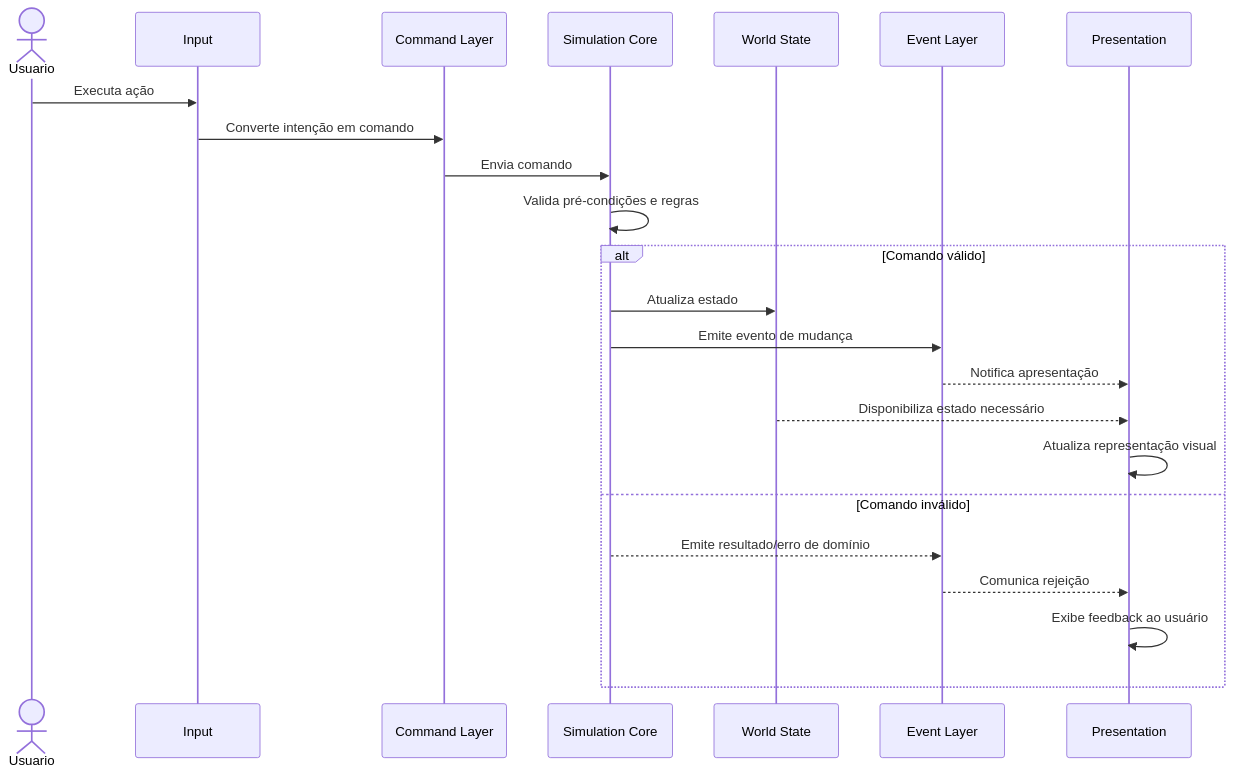
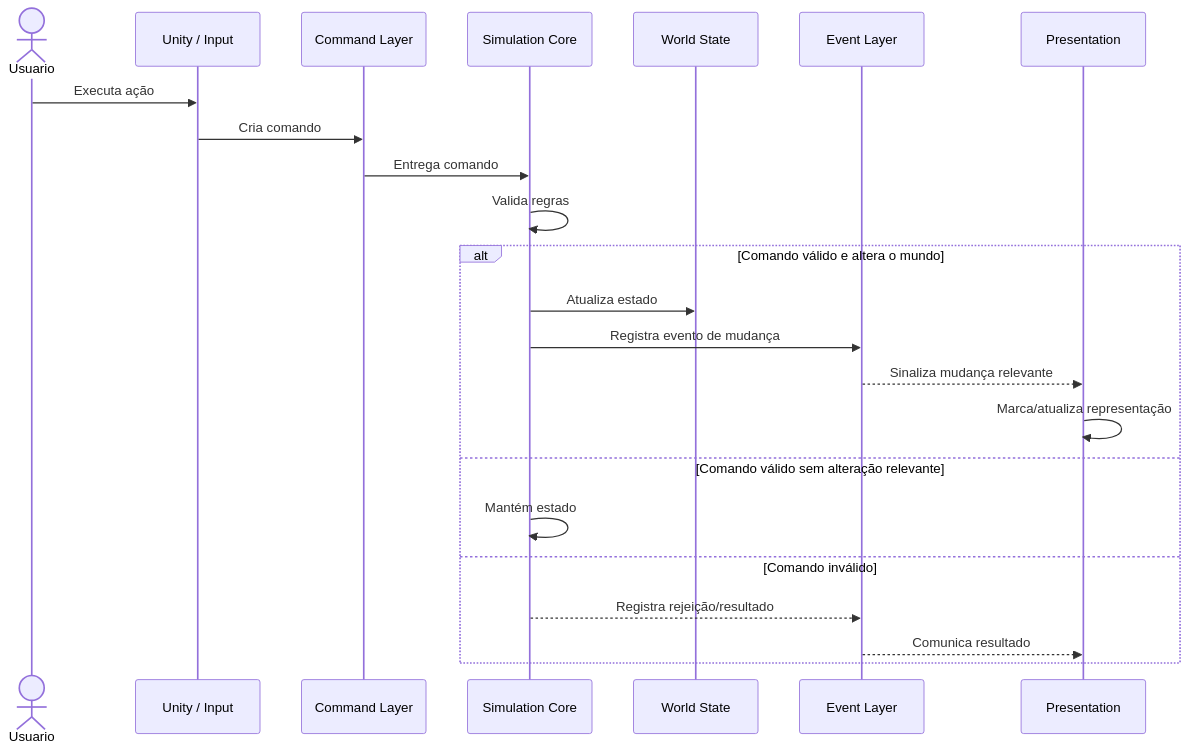
Before and after one commit to vilainricardo/AVA_C11: the first of 2 diagrams in docs/diagrams/critical-journey.md, drawn with Mermaid. The commit also changed other lines of this file, not shown here.

Commit message:
docs: alinhar jornada crítica ao ciclo independente da apresentação

````diff
--- a/docs/diagrams/critical-journey.md
+++ b/docs/diagrams/critical-journey.md
@@ -15,26 +18,27 @@
 ```mermaid
 sequenceDiagram
     actor Usuario
-    participant Input
+    participant Unity as Unity / Input
     participant Commands as Command Layer
     participant Sim as Simulation Core
     participant State as World State
     participant Events as Event Layer
     participant View as Presentation
 
-    Usuario->>Input: Executa ação
-    Input->>Commands: Converte intenção em comando
-    Commands->>Sim: Envia comando
-    Sim->>Sim: Valida pré-condições e regras
-    alt Comando válido
+    Usuario->>Unity: Executa ação
+    Unity->>Commands: Cria comando
+    Commands->>Sim: Entrega comando
+    Sim->>Sim: Valida regras
+
+    alt Comando válido e altera o mundo
         Sim->>State: Atualiza estado
-        Sim->>Events: Emite evento de mudança
-        Events-->>View: Notifica apresentação
-        State-->>View: Disponibiliza estado necessário
-        View->>View: Atualiza representação visual
+        Sim->>Events: Registra evento de mudança
+        Events-->>View: Sinaliza mudança relevante
+        View->>View: Marca/atualiza representação
+    else Comando válido sem alteração relevante
+        Sim->>Sim: Mantém estado
     else Comando inválido
-        Sim-->>Events: Emite resultado/erro de domínio
-        Events-->>View: Comunica rejeição
-        View->>View: Exibe feedback ao usuário
+        Sim-->>Events: Registra rejeição/resultado
+        Events-->>View: Comunica resultado
     end
 ```
````
